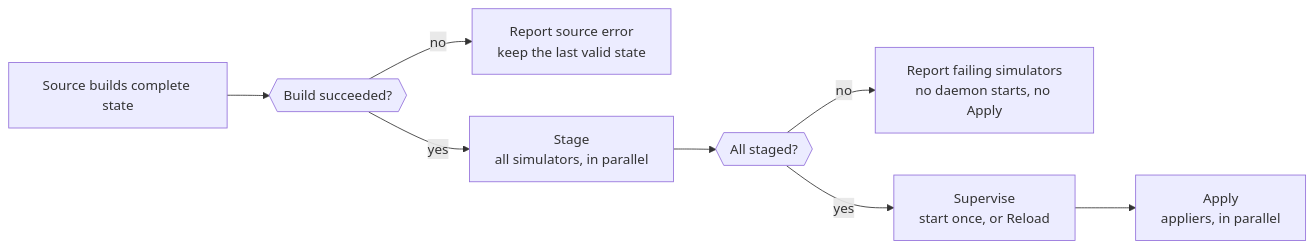
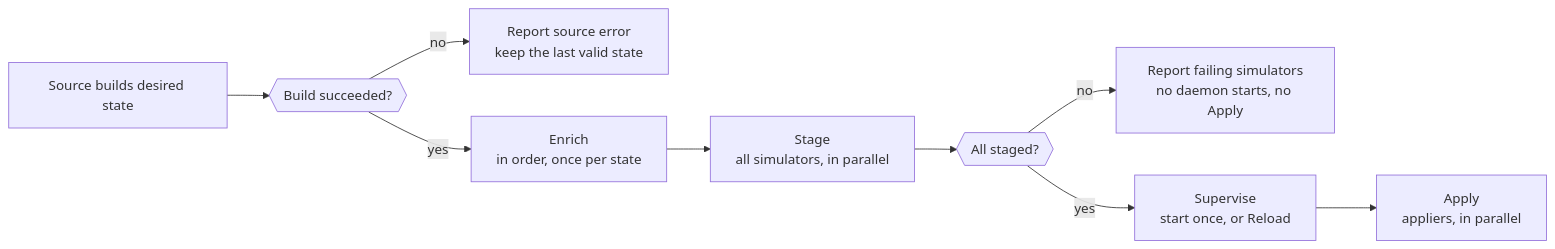
One commit to NVIDIA/k8s-test-infra changed the diagram in docs/components/node-daemon.md. Above: the diagram before and after it, drawn with Mermaid. The commit also changed other lines of this file and 21 other files, not shown here.

````diff
--- a/docs/components/node-daemon.md
+++ b/docs/components/node-daemon.md
@@ -50,10 +52,11 @@
 ```mermaid
 flowchart LR
-    source[Source builds complete state] --> valid{{Build succeeded?}}
+    source[Source builds desired state] --> valid{{Build succeeded?}}
     valid -->|no| invalid[Report source error<br/>keep the last valid state]
-    valid -->|yes| stage[Stage<br/>all simulators, in parallel]
+    valid -->|yes| enrich[Enrich<br/>in order, once per state]
+    enrich --> stage[Stage<br/>all simulators, in parallel]
     stage --> barrier{{All staged?}}
     barrier -->|no| fail[Report failing simulators<br/>no daemon starts, no Apply]
     barrier -->|yes| daemons[Supervise<br/>start once, or Reload]
     daemons --> apply[Apply<br/>appliers, in parallel]
 ```
````
